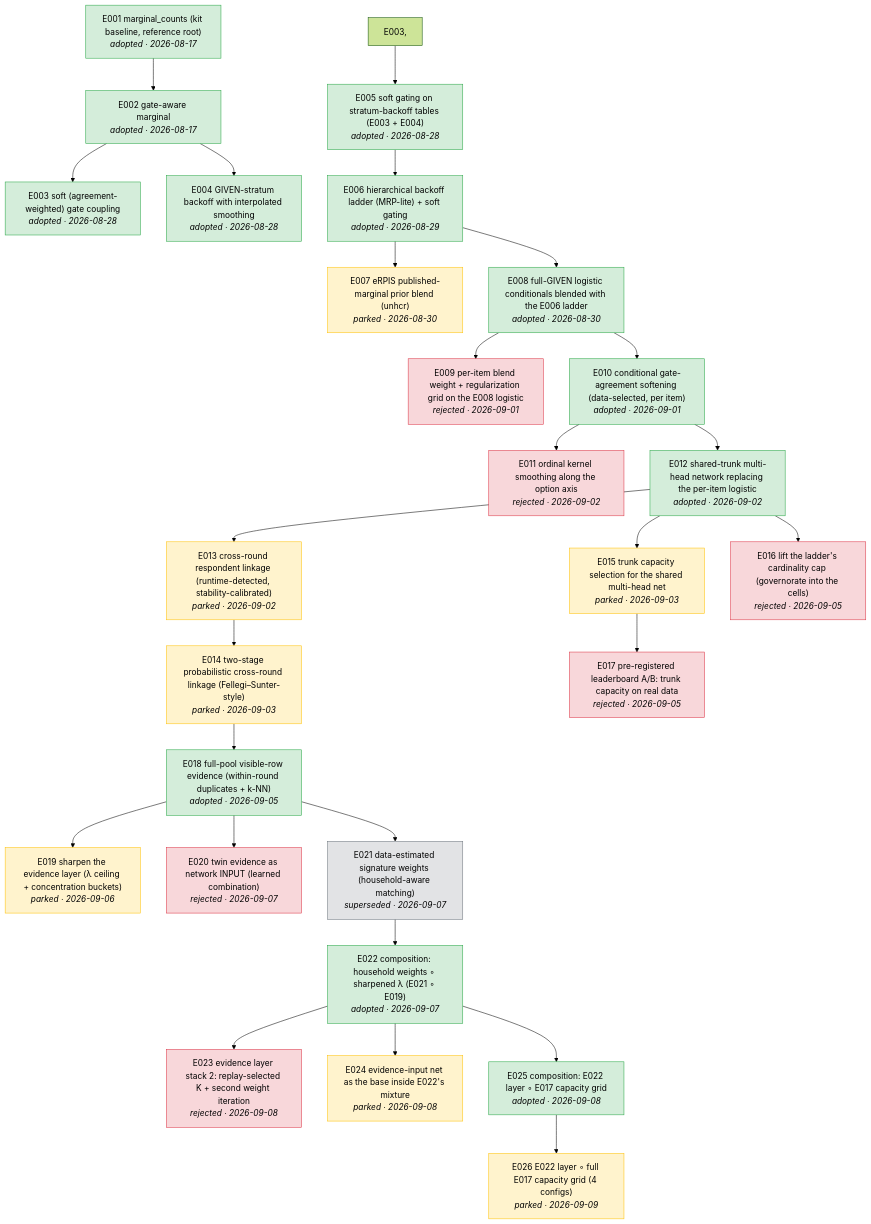
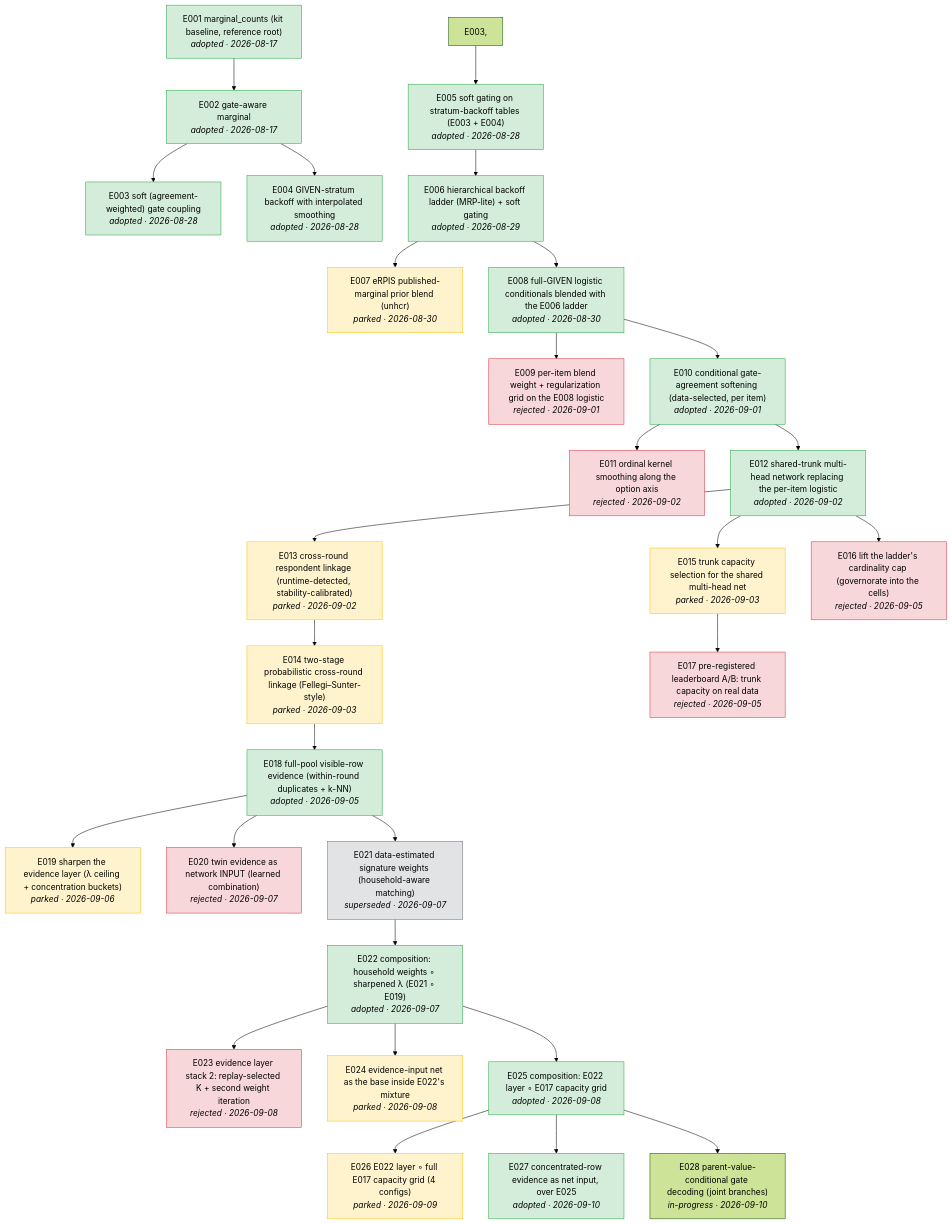
One commit to joon56/Simulacrabench-NeurIPS-2026- changed the diagram in docs/tree.md. Above: the diagram before and after it, drawn with Mermaid (forest theme). The commit also changed 9 other files, not shown here.

First line of the commit message:
E027: concentrated-row evidence input over E025, submission #15; E028 (PVC gate decoding) implemented

````diff
--- a/docs/tree.md
+++ b/docs/tree.md
@@ -5,62 +5,66 @@
 ```mermaid
 flowchart TD
     E001["E001 marginal_counts (kit baseline, reference root)<br/><i>adopted · 2026-08-17</i>"]
     E002["E002 gate-aware marginal<br/><i>adopted · 2026-08-17</i>"]
     E001 --> E002
     E003["E003 soft (agreement-weighted) gate coupling<br/><i>adopted · 2026-08-28</i>"]
     E002 --> E003
     E004["E004 GIVEN-stratum backoff with interpolated smoothing<br/><i>adopted · 2026-08-28</i>"]
     E002 --> E004
     E005["E005 soft gating on stratum-backoff tables (E003 + E004)<br/><i>adopted · 2026-08-28</i>"]
     E003, --> E005
     E006["E006 hierarchical backoff ladder (MRP-lite) + soft gating<br/><i>adopted · 2026-08-29</i>"]
     E005 --> E006
     E007["E007 eRPIS published-marginal prior blend (unhcr)<br/><i>parked · 2026-08-30</i>"]
     E006 --> E007
     E008["E008 full-GIVEN logistic conditionals blended with the E006 ladder<br/><i>adopted · 2026-08-30</i>"]
     E006 --> E008
     E009["E009 per-item blend weight + regularization grid on the E008 logistic<br/><i>rejected · 2026-09-01</i>"]
     E008 --> E009
     E010["E010 conditional gate-agreement softening (data-selected, per item)<br/><i>adopted · 2026-09-01</i>"]
     E008 --> E010
     E011["E011 ordinal kernel smoothing along the option axis<br/><i>rejected · 2026-09-02</i>"]
     E010 --> E011
     E012["E012 shared-trunk multi-head network replacing the per-item logistic<br/><i>adopted · 2026-09-02</i>"]
     E010 --> E012
     E013["E013 cross-round respondent linkage (runtime-detected, stability-calibrated)<br/><i>parked · 2026-09-02</i>"]
     E012 --> E013
     E014["E014 two-stage probabilistic cross-round linkage (Fellegi–Sunter-style)<br/><i>parked · 2026-09-03</i>"]
     E013 --> E014
     E015["E015 trunk capacity selection for the shared multi-head net<br/><i>parked · 2026-09-03</i>"]
     E012 --> E015
     E016["E016 lift the ladder's cardinality cap (governorate into the cells)<br/><i>rejected · 2026-09-05</i>"]
     E012 --> E016
     E017["E017 pre-registered leaderboard A/B: trunk capacity on real data<br/><i>rejected · 2026-09-05</i>"]
     E015 --> E017
     E018["E018 full-pool visible-row evidence (within-round duplicates + k-NN)<br/><i>adopted · 2026-09-05</i>"]
     E014 --> E018
     E019["E019 sharpen the evidence layer (λ ceiling + concentration buckets)<br/><i>parked · 2026-09-06</i>"]
     E018 --> E019
     E020["E020 twin evidence as network INPUT (learned combination)<br/><i>rejected · 2026-09-07</i>"]
     E018 --> E020
     E021["E021 data-estimated signature weights (household-aware matching)<br/><i>superseded · 2026-09-07</i>"]
     E018 --> E021
     E022["E022 composition: household weights ∘ sharpened λ (E021 ∘ E019)<br/><i>adopted · 2026-09-07</i>"]
     E021 --> E022
     E023["E023 evidence layer stack 2: replay-selected K + second weight iteration<br/><i>rejected · 2026-09-08</i>"]
     E022 --> E023
     E024["E024 evidence-input net as the base inside E022's mixture<br/><i>parked · 2026-09-08</i>"]
     E022 --> E024
     E025["E025 composition: E022 layer ∘ E017 capacity grid<br/><i>adopted · 2026-09-08</i>"]
     E022 --> E025
     E026["E026 E022 layer ∘ full E017 capacity grid (4 configs)<br/><i>parked · 2026-09-09</i>"]
     E025 --> E026
+    E027["E027 concentrated-row evidence as net input, over E025<br/><i>adopted · 2026-09-10</i>"]
+    E025 --> E027
+    E028["E028 parent-value-conditional gate decoding (joint branches)<br/><i>in-progress · 2026-09-10</i>"]
+    E025 --> E028
     classDef adopted fill:#d4edda,stroke:#28a745
-    class E001,E002,E003,E004,E005,E006,E008,E010,E012,E018,E022,E025 adopted
+    class E001,E002,E003,E004,E005,E006,E008,E010,E012,E018,E022,E025,E027 adopted
     classDef rejected fill:#f8d7da,stroke:#dc3545
     class E009,E011,E016,E017,E020,E023 rejected
     classDef parked fill:#fff3cd,stroke:#ffc107
     class E007,E013,E014,E015,E019,E024,E026 parked
     classDef superseded fill:#e2e3e5,stroke:#6c757d
     class E021 superseded
 ```
````
